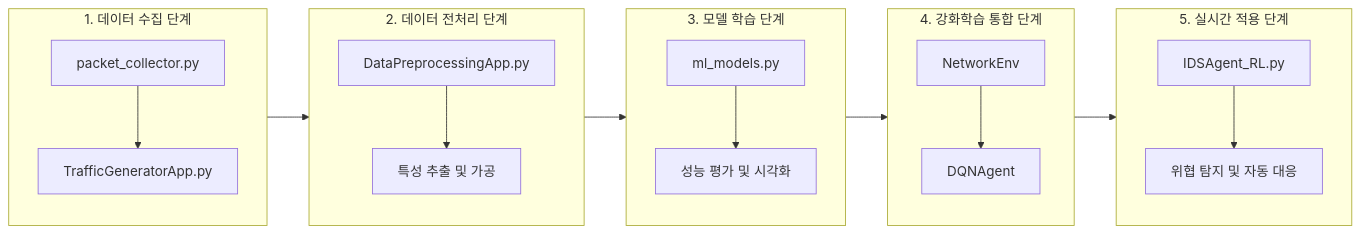
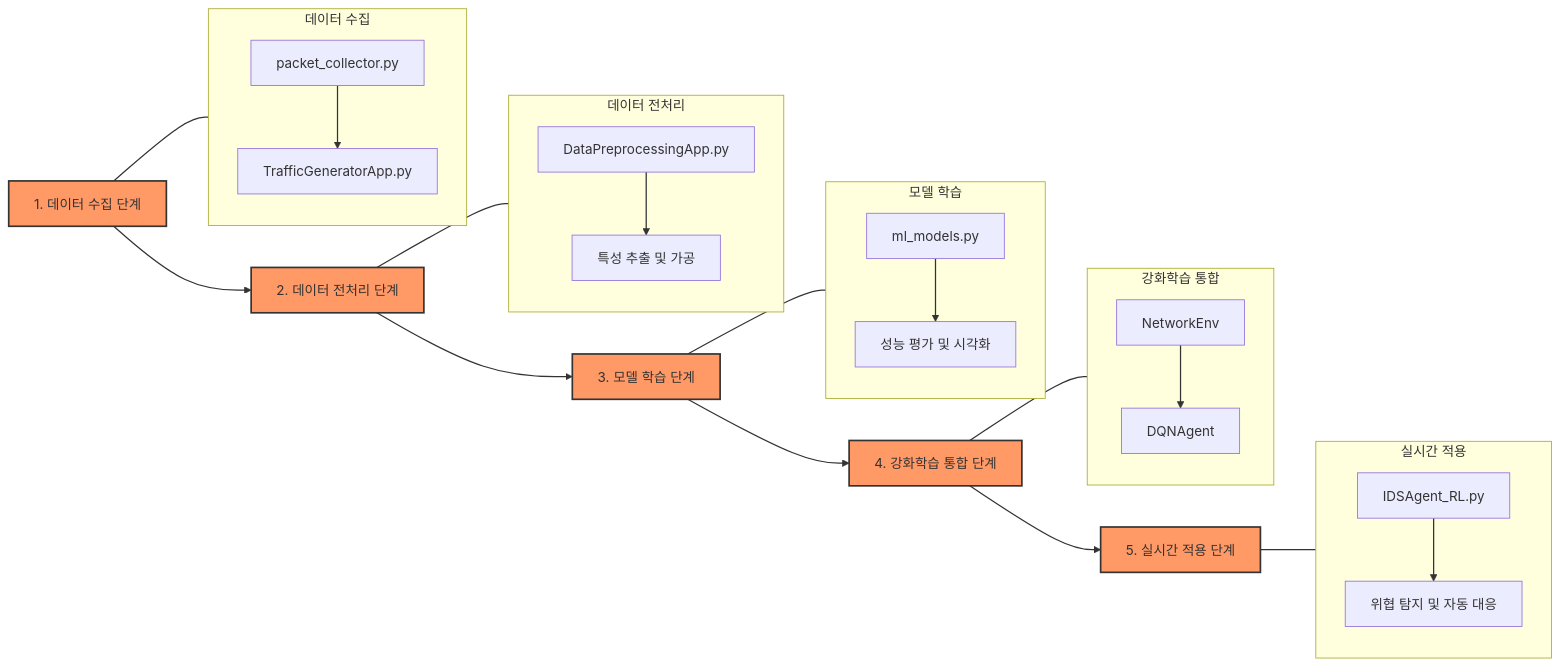
One commit to Es5724/Intrusion_DetectionSystem_AIagent changed the third of 4 diagrams in README.md. Above: the diagram before and after it, drawn with Mermaid. The commit also changed other lines of this file, not shown here.

````diff
--- a/README.md
+++ b/README.md
@@ -260,37 +282,61 @@
 ```mermaid
 flowchart LR
-    subgraph 데이터수집[1. 데이터 수집 단계]
+    %% 각 단계별 노드 정의
+    stage1[1. 데이터 수집 단계]
+    stage2[2. 데이터 전처리 단계]
+    stage3[3. 모델 학습 단계]
+    stage4[4. 강화학습 통합 단계]
+    stage5[5. 실시간 적용 단계]
+    
+    %% 단계별 흐름
+    stage1 --> stage2 --> stage3 --> stage4 --> stage5
+    
+    %% 각 단계 내부 정의
+    subgraph 데이터수집[데이터 수집]
+        direction TB
         packet[packet_collector.py]
         traffic[TrafficGeneratorApp.py]
         packet --> traffic
     end
-
-    subgraph 전처리[2. 데이터 전처리 단계]
+    
+    subgraph 전처리[데이터 전처리]
+        direction TB
         preprocess[DataPreprocessingApp.py]
         feature[특성 추출 및 가공]
         preprocess --> feature
     end
-
-    subgraph 모델학습[3. 모델 학습 단계]
+    
+    subgraph 모델학습[모델 학습]
+        direction TB
         ml[ml_models.py]
         evaluation[성능 평가 및 시각화]
         ml --> evaluation
     end
-
-    subgraph 강화학습[4. 강화학습 통합 단계]
+    
+    subgraph 강화학습[강화학습 통합]
+        direction TB
         env[NetworkEnv]
         dqn[DQNAgent]
         env --> dqn
     end
-
-    subgraph 실시간적용[5. 실시간 적용 단계]
+    
+    subgraph 실시간적용[실시간 적용]
+        direction TB
         agent[IDSAgent_RL.py]
         response[위협 탐지 및 자동 대응]
         agent --> response
     end
-
-    데이터수집 --> 전처리
-    전처리 --> 모델학습
-    모델학습 --> 강화학습
-    강화학습 --> 실시간적용
+    
+    %% 연결
+    stage1 --- 데이터수집
+    stage2 --- 전처리
+    stage3 --- 모델학습
+    stage4 --- 강화학습
+    stage5 --- 실시간적용
+    
+    %% 스타일 정의
+    classDef stageClass fill:#f96,stroke:#333,stroke-width:2px;
+    class stage1,stage2,stage3,stage4,stage5 stageClass
+    
+    linkStyle default stroke:#333,stroke-width:1.5px;
 ```
````
